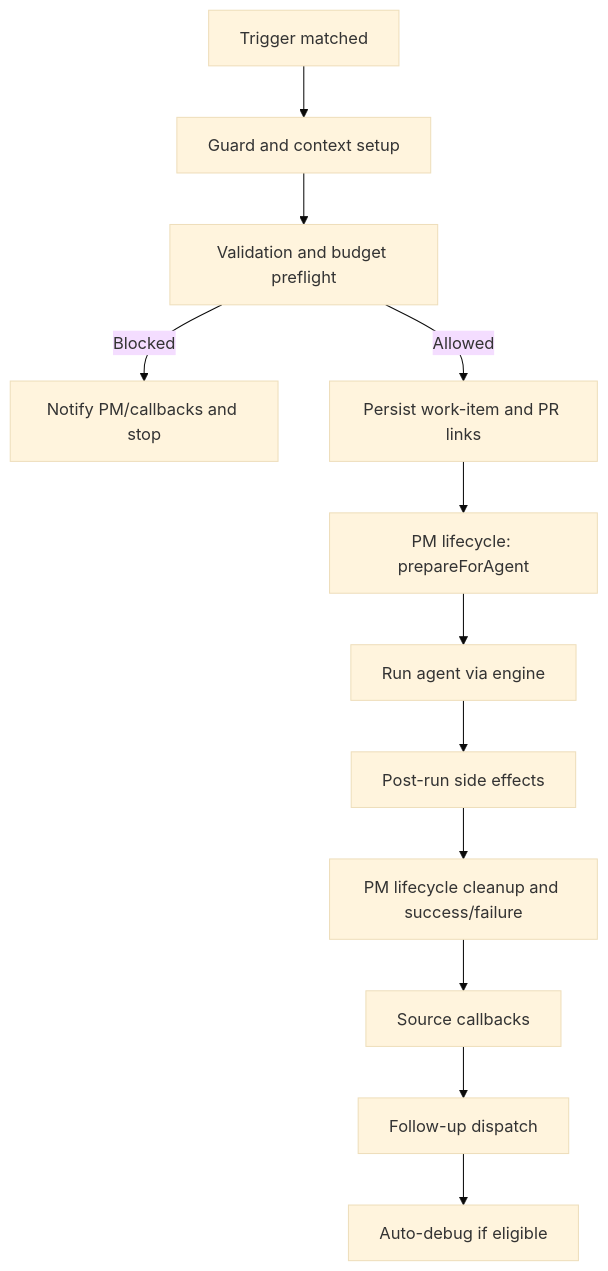
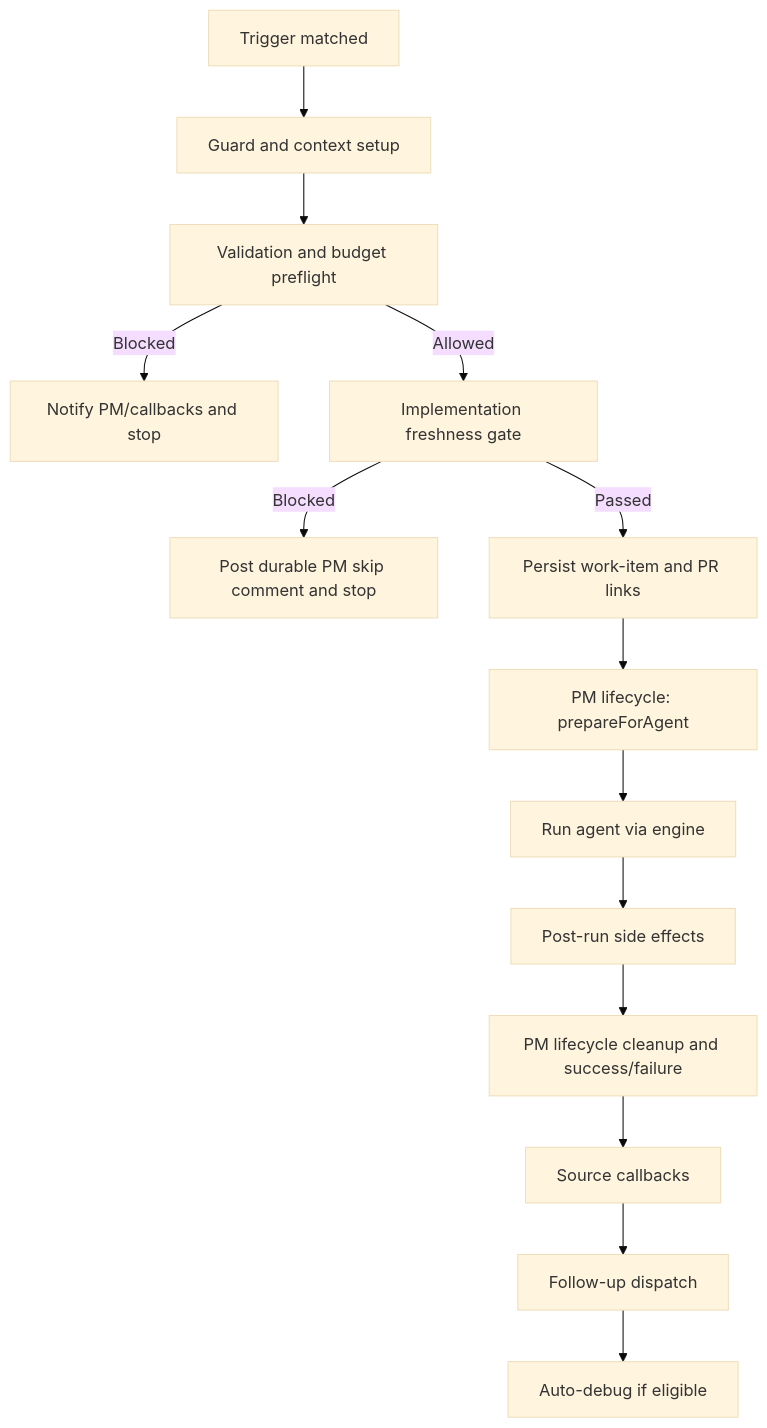
Before and after one commit to appsome/cascade: the diagram in docs/architecture/03-trigger-system.md, drawn with Mermaid (base theme). The commit also changed other lines of this file and 8 other files, not shown here.

Commit message:
fix(triggers): revalidate work-item freshness before implementation dispatch (MNG-1053)

````diff
--- a/docs/architecture/03-trigger-system.md
+++ b/docs/architecture/03-trigger-system.md
@@ -216,14 +216,16 @@
 ```mermaid
 flowchart TD
     A[Trigger matched] --> B[Guard and context setup]
     B --> C[Validation and budget preflight]
     C -->|Blocked| D[Notify PM/callbacks and stop]
-    C -->|Allowed| E[Persist work-item and PR links]
+    C -->|Allowed| FG[Implementation freshness gate]
+    FG -->|Blocked| FGSKIP[Post durable PM skip comment and stop]
+    FG -->|Passed| E[Persist work-item and PR links]
     E --> F[PM lifecycle: prepareForAgent]
     F --> G[Run agent via engine]
     G --> H[Post-run side effects]
     H --> I[PM lifecycle cleanup and success/failure]
     I --> J[Source callbacks]
     J --> K[Follow-up dispatch]
     K --> L[Auto-debug if eligible]
 ```
````
